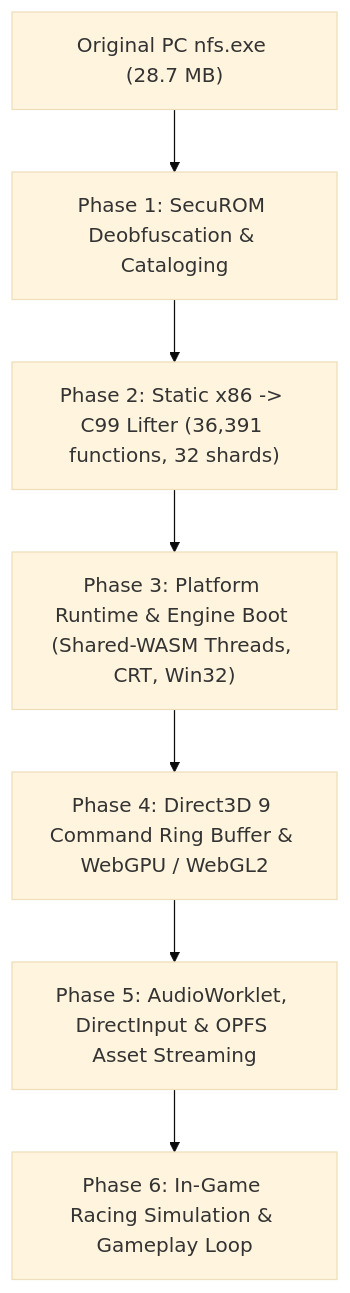
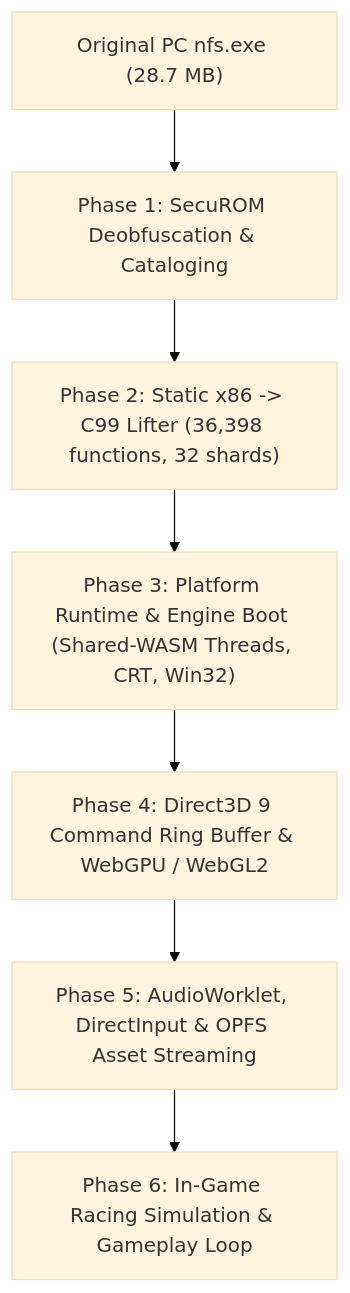
One commit to OtariTB/PortStreet changed the diagram in README.md. Above: the diagram before and after it, drawn with Mermaid (base theme). The commit also changed other lines of this file and 42 other files, not shown here.

````diff
--- a/README.md
+++ b/README.md
@@ -20,9 +20,9 @@
 ```mermaid
 graph TD
     A["Original PC nfs.exe (28.7 MB)"] --> B["Phase 1: SecuROM Deobfuscation & Cataloging"]
-    B --> C["Phase 2: Static x86 -> C99 Lifter (36,391 functions, 32 shards)"]
+    B --> C["Phase 2: Static x86 -> C99 Lifter (36,398 functions, 32 shards)"]
     C --> D["Phase 3: Platform Runtime & Engine Boot (Shared-WASM Threads, CRT, Win32)"]
     D --> E["Phase 4: Direct3D 9 Command Ring Buffer & WebGPU / WebGL2"]
     E --> F["Phase 5: AudioWorklet, DirectInput & OPFS Asset Streaming"]
     F --> G["Phase 6: In-Game Racing Simulation & Gameplay Loop"]
 ```
````
